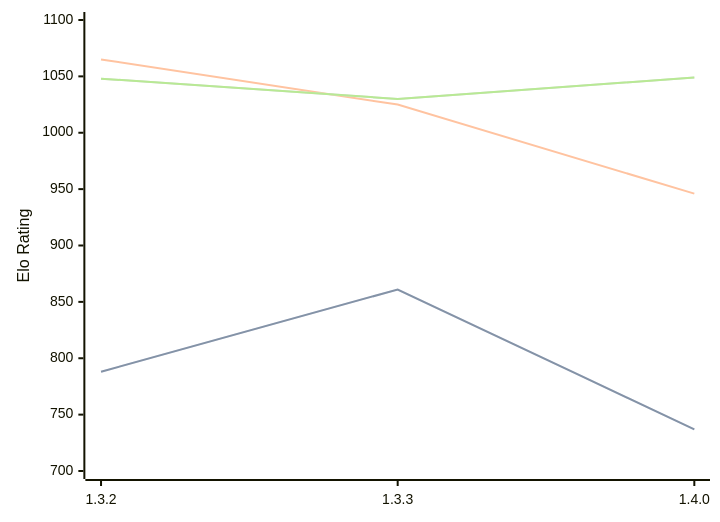
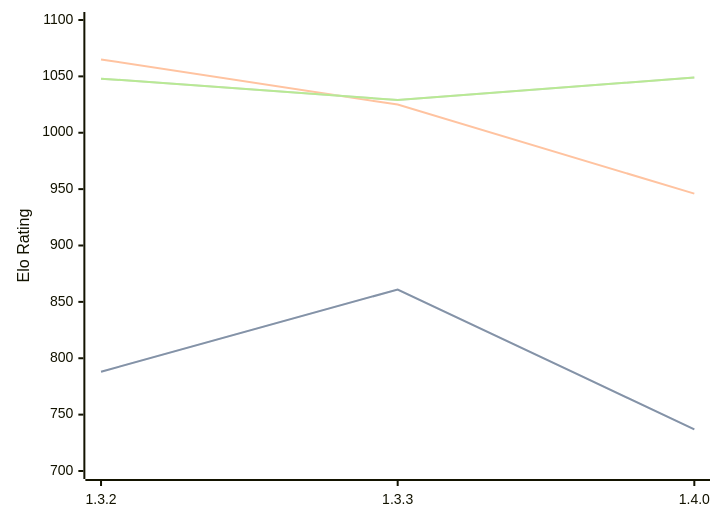
Before and after one commit to computer-chess-index/cci: the diagram in engines/Whitespine.md, drawn with Mermaid. The commit also changed other lines of this file, not shown here.

Commit message:
Update CCI Ratings (ELO VLTC) - 2026-10-03

````diff
--- a/engines/Whitespine.md
+++ b/engines/Whitespine.md
@@ -33,11 +33,11 @@
 ```mermaid
 %%{init: {"theme":"base","themeVariables":{"seriesColors:['#a3a3a3','#222221','#faa371']}}}%%
 xychart-beta
   x-axis ["1.3.2", "1.3.3", "1.4.0"]
   y-axis "Elo Rating" 700 --> 1100
   line "" [788, 861, 737]
   line "STC (8.0+0.08s)" [788, 861, 737]
   line "LTC (60.0+0.60s)" [1065, 1025, 946]
-  line "" [1048, 1030, 1049]
-  line "VLTC (2m24s+1.12s)" [1048, 1030, 1049]
+  line "" [1048, 1029, 1049]
+  line "VLTC (2m24s+1.12s)" [1048, 1029, 1049]
 ```
````
